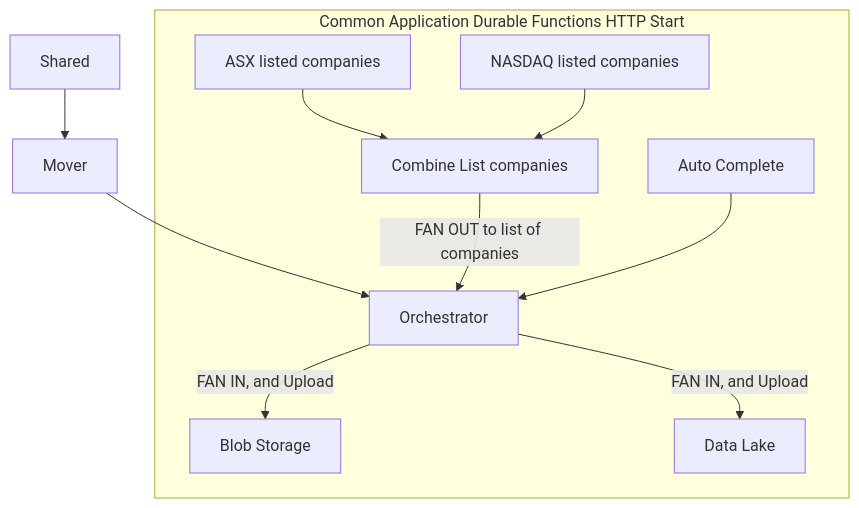
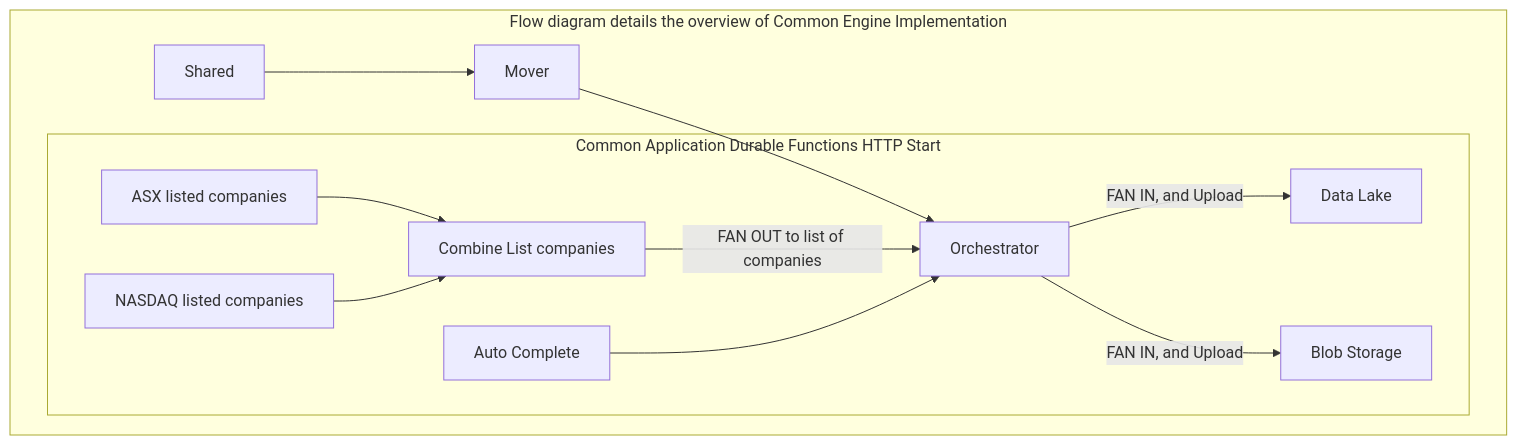
The diagram in README.md (Market-Finance/commonApp), drawn with Mermaid before and after one commit.

Commit message:
doc update exp

````diff
--- a/README.md
+++ b/README.md
@@ -159,23 +159,25 @@
 ```mermaid
     flowchart TD
-    A[Auto Complete]
-    BA[ASX listed companies]
-    BB[NASDAQ listed companies]
-    B[Combine List companies]
-    D[Orchestrator]
-    E[Mover]
-    EA[Shared]
-    F[Blob Storage]
-    G[Data Lake]
-    EA --> E
-    E --> D
+    subgraph Flow diagram details the overview of Common Engine Implementation
+            A[Auto Complete]
+            BA[ASX listed companies]
+            BB[NASDAQ listed companies]
+            B[Combine List companies]
+            D[Orchestrator]
+            E[Mover]
+            EA[Shared]
+            F[Blob Storage]
+            G[Data Lake]
+            EA --> E
+            E --> D
 
-    subgraph Common Application Durable Functions HTTP Start
-        BA --> B
-        BB --> B
-        D -- FAN IN, and Upload --> G 
-        D -- FAN IN, and Upload --> F
-        B -- FAN OUT to list of companies --> D 
-        A --> D
-        end    
+            subgraph Common Application Durable Functions HTTP Start
+                BA --> B
+                BB --> B
+                D -- FAN IN, and Upload --> G 
+                D -- FAN IN, and Upload --> F
+                B -- FAN OUT to list of companies --> D 
+                A --> D
+                end
+            end    
 ```
````
